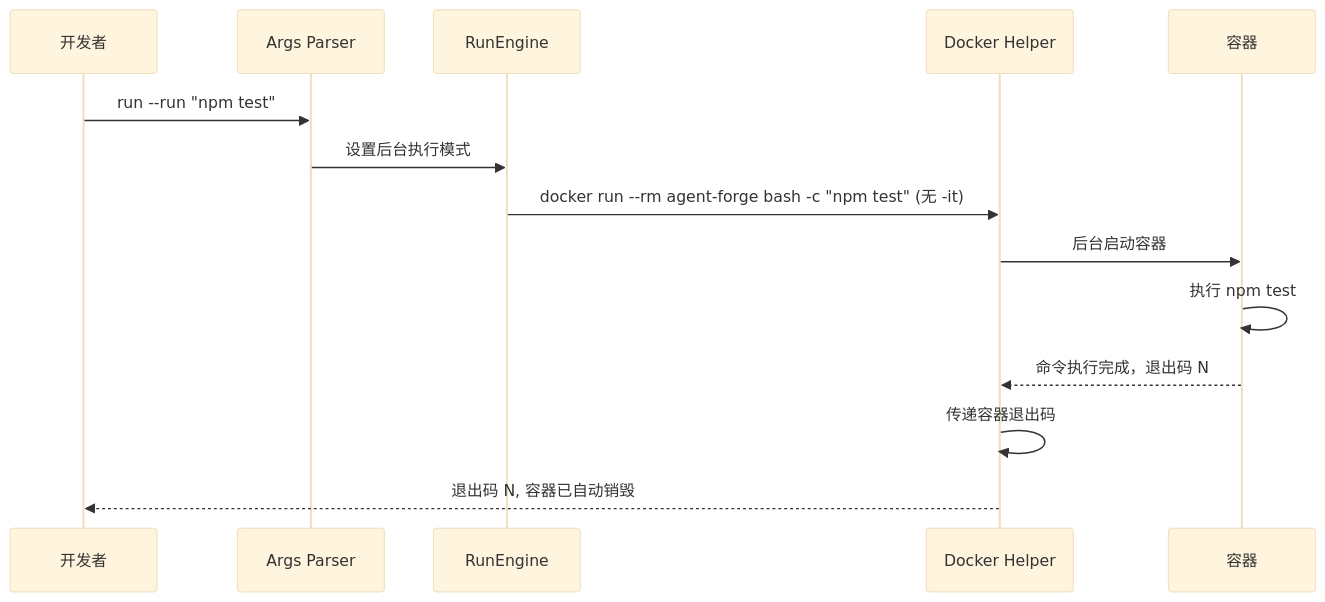
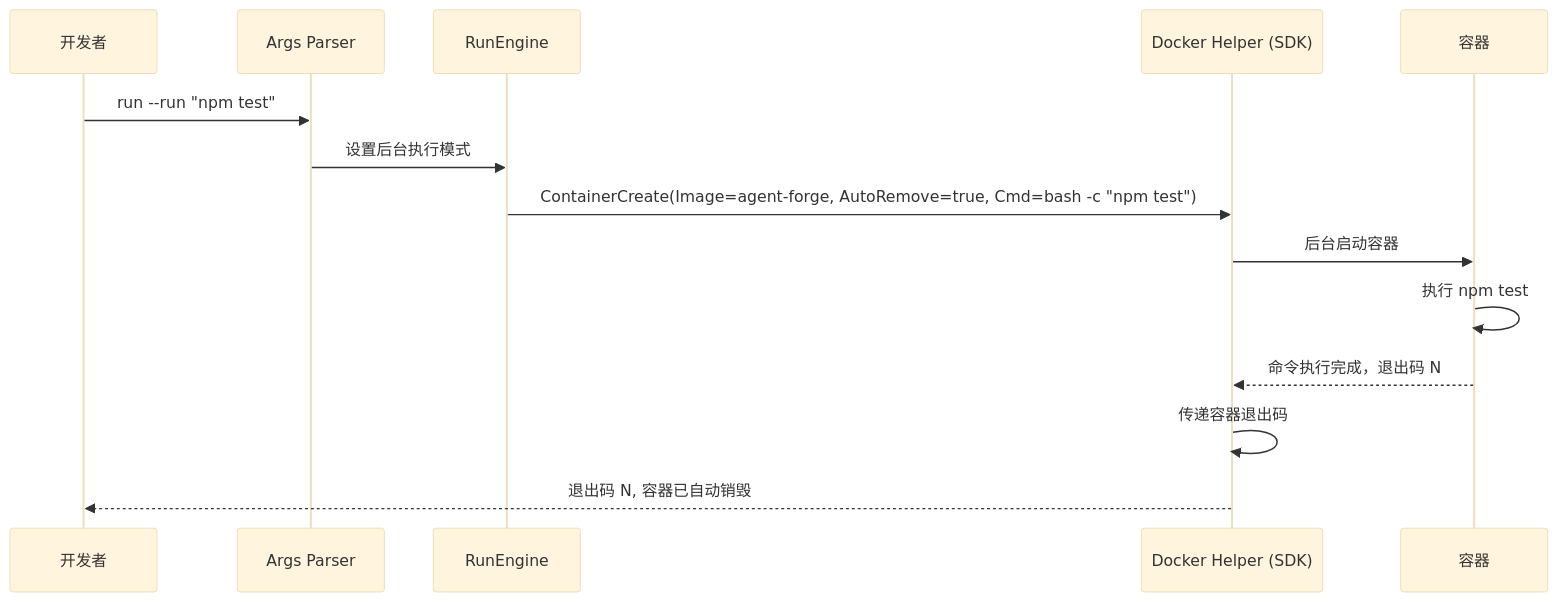
Diagram 11 of 23 in docs/features/agent-forge/design.md (bianc2018/AgentForge), drawn with Mermaid (base theme) before and after one commit. The commit also changed other lines of this file, not shown here.

First line of the commit message:
refactor: 设计文档 Docker CLI 全面迁移至 Docker SDK

````diff
--- a/docs/features/agent-forge/design.md
+++ b/docs/features/agent-forge/design.md
@@ -869,17 +864,17 @@
 ```mermaid
 sequenceDiagram
     participant Dev as 开发者
     participant Args as Args Parser
     participant RE as RunEngine
-    participant DH as Docker Helper
+    participant DH as Docker Helper (SDK)
     participant Container as 容器
 
     Dev->>Args: run --run "npm test"
     Args->>RE: 设置后台执行模式
-    RE->>DH: docker run --rm agent-forge bash -c "npm test" (无 -it)
+    RE->>DH: ContainerCreate(Image=agent-forge, AutoRemove=true, Cmd=bash -c "npm test")
     DH->>Container: 后台启动容器
     Container->>Container: 执行 npm test
     Container-->>DH: 命令执行完成，退出码 N
     DH->>DH: 传递容器退出码
     DH-->>Dev: 退出码 N, 容器已自动销毁
 ```
````
